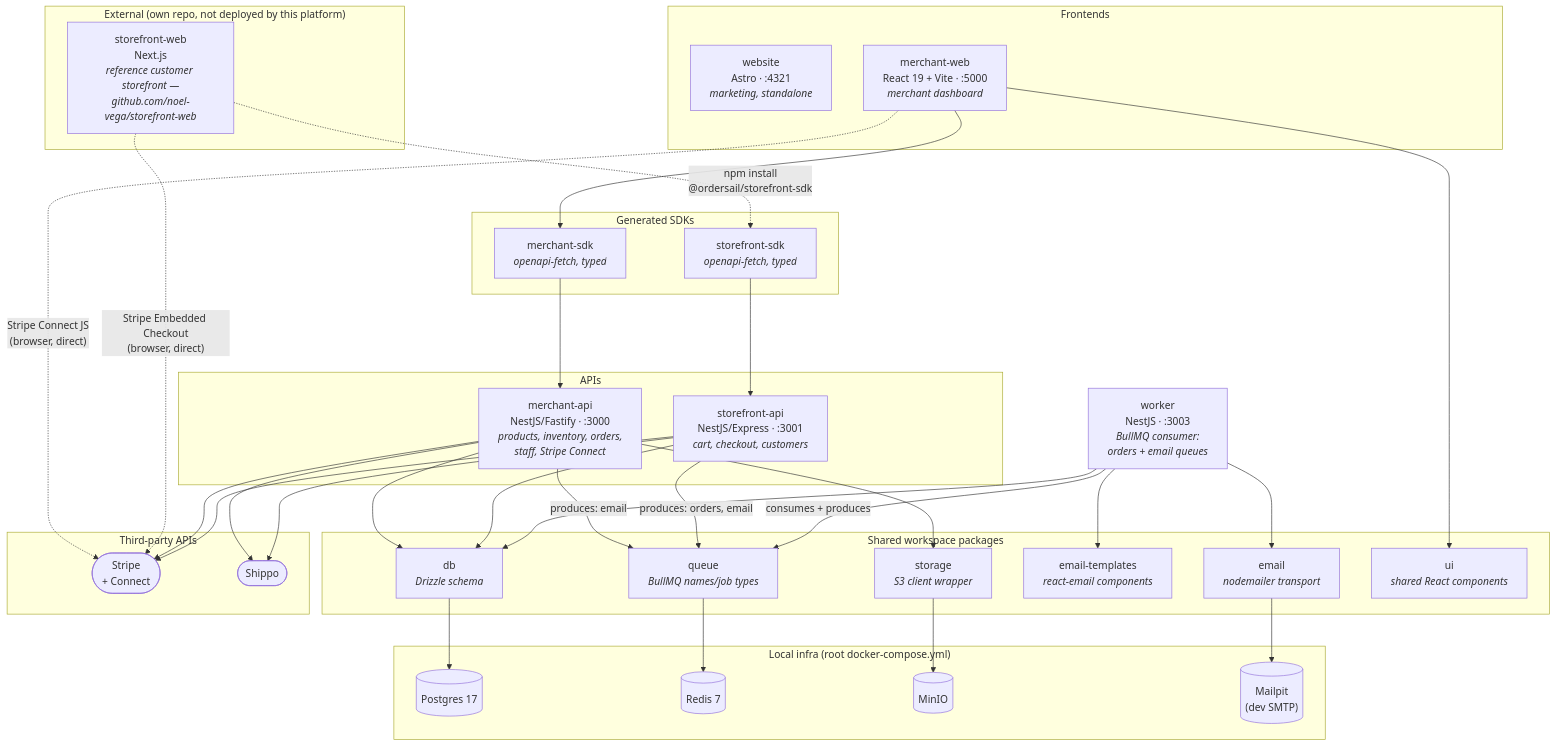
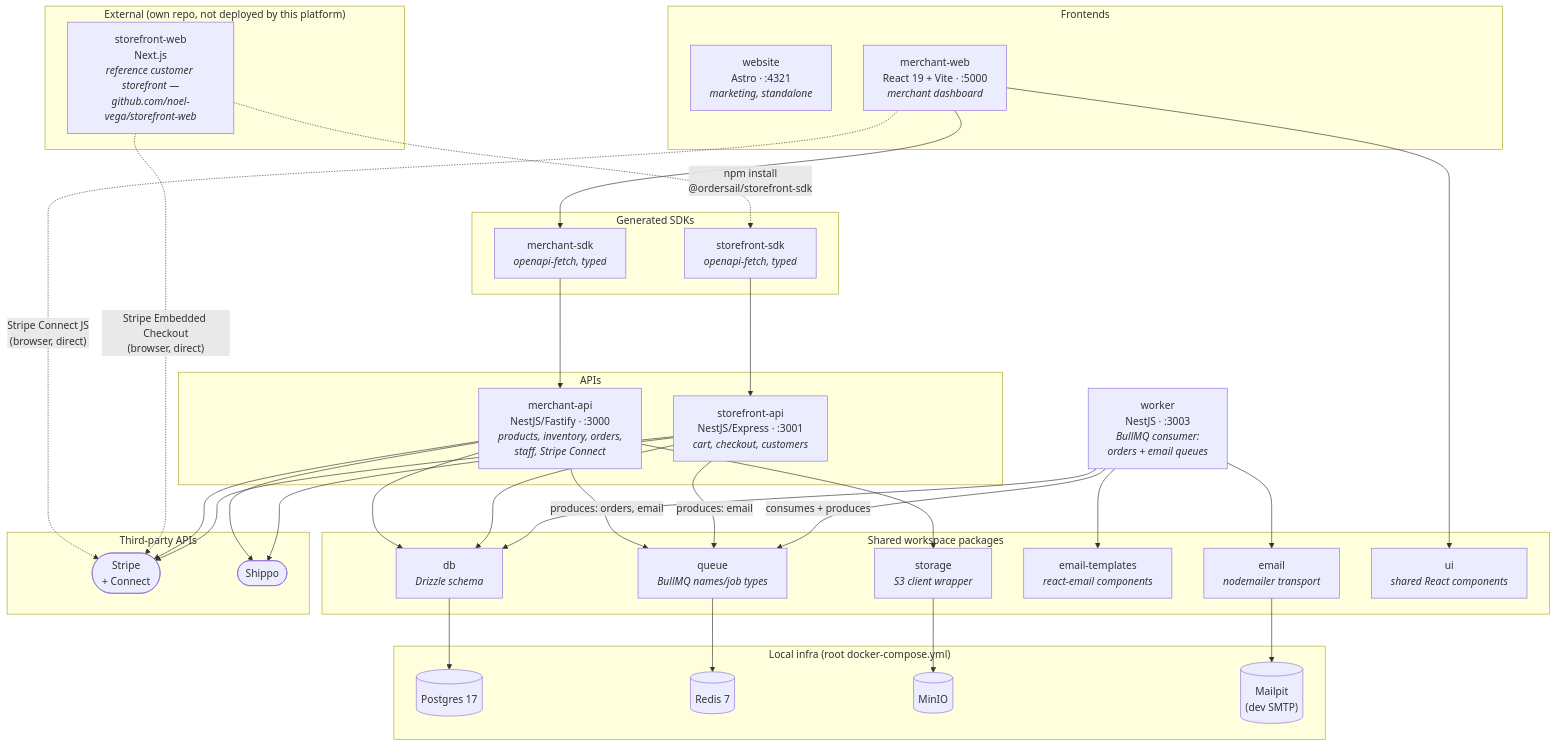
One commit to noel-vega/ordersail changed the first of 2 diagrams in ARCHITECTURE.md. Above: the diagram before and after it, drawn with Mermaid. The commit also changed other lines of this file, not shown here.

First line of the commit message:
docs: correct the order-flow diagram for the M9 webhook move (OS-500)

````diff
--- a/ARCHITECTURE.md
+++ b/ARCHITECTURE.md
@@ -11,70 +11,70 @@
 ```mermaid
 flowchart TB
     subgraph FE["Frontends"]
         website["website<br/>Astro · :4321<br/><i>marketing, standalone</i>"]
         adminweb["merchant-web<br/>React 19 + Vite · :5000<br/><i>merchant dashboard</i>"]
     end
 
     subgraph EXTFE["External (own repo, not deployed by this platform)"]
         storeweb["storefront-web<br/>Next.js<br/><i>reference customer storefront —<br/>github.com/noel-vega/storefront-web</i>"]
     end
 
     subgraph SDK["Generated SDKs"]
         adminsdk["merchant-sdk<br/><i>openapi-fetch, typed</i>"]
         storesdk["storefront-sdk<br/><i>openapi-fetch, typed</i>"]
     end
 
     subgraph API["APIs"]
         adminapi["merchant-api<br/>NestJS/Fastify · :3000<br/><i>products, inventory, orders,<br/>staff, Stripe Connect</i>"]
         storeapi["storefront-api<br/>NestJS/Express · :3001<br/><i>cart, checkout, customers</i>"]
     end
 
     worker["worker<br/>NestJS · :3003<br/><i>BullMQ consumer:<br/>orders + email queues</i>"]
 
     subgraph PKG["Shared workspace packages"]
         db["db<br/><i>Drizzle schema</i>"]
         queue["queue<br/><i>BullMQ names/job types</i>"]
         email["email<br/><i>nodemailer transport</i>"]
         emailtpl["email-templates<br/><i>react-email components</i>"]
         storage["storage<br/><i>S3 client wrapper</i>"]
         ui["ui<br/><i>shared React components</i>"]
     end
 
     subgraph INFRA["Local infra (root docker-compose.yml)"]
         postgres[("Postgres 17")]
         redis[("Redis 7")]
         minio[("MinIO")]
         mailpit[("Mailpit<br/>(dev SMTP)")]
     end
 
     subgraph EXT["Third-party APIs"]
         stripe(["Stripe<br/>+ Connect"])
         shippo(["Shippo"])
     end
 
     adminweb --> adminsdk --> adminapi
     storeweb -. "npm install<br/>@ordersail/storefront-sdk" .-> storesdk
     storesdk --> storeapi
     adminweb -. "Stripe Connect JS<br/>(browser, direct)" .-> stripe
     storeweb -. "Stripe Embedded Checkout<br/>(browser, direct)" .-> stripe
     adminweb --> ui
 
     adminapi --> db
     storeapi --> db
     worker --> db
     db --> postgres
 
-    adminapi -->|produces: email| queue
-    storeapi -->|produces: orders, email| queue
+    adminapi -->|produces: orders, email| queue
+    storeapi -->|produces: email| queue
     worker -->|consumes + produces| queue
     queue --> redis
 
     adminapi --> storage --> minio
     adminapi --> stripe
     adminapi --> shippo
     storeapi --> stripe
     storeapi --> shippo
 
     worker --> email --> mailpit
     worker --> emailtpl
 ```
````
